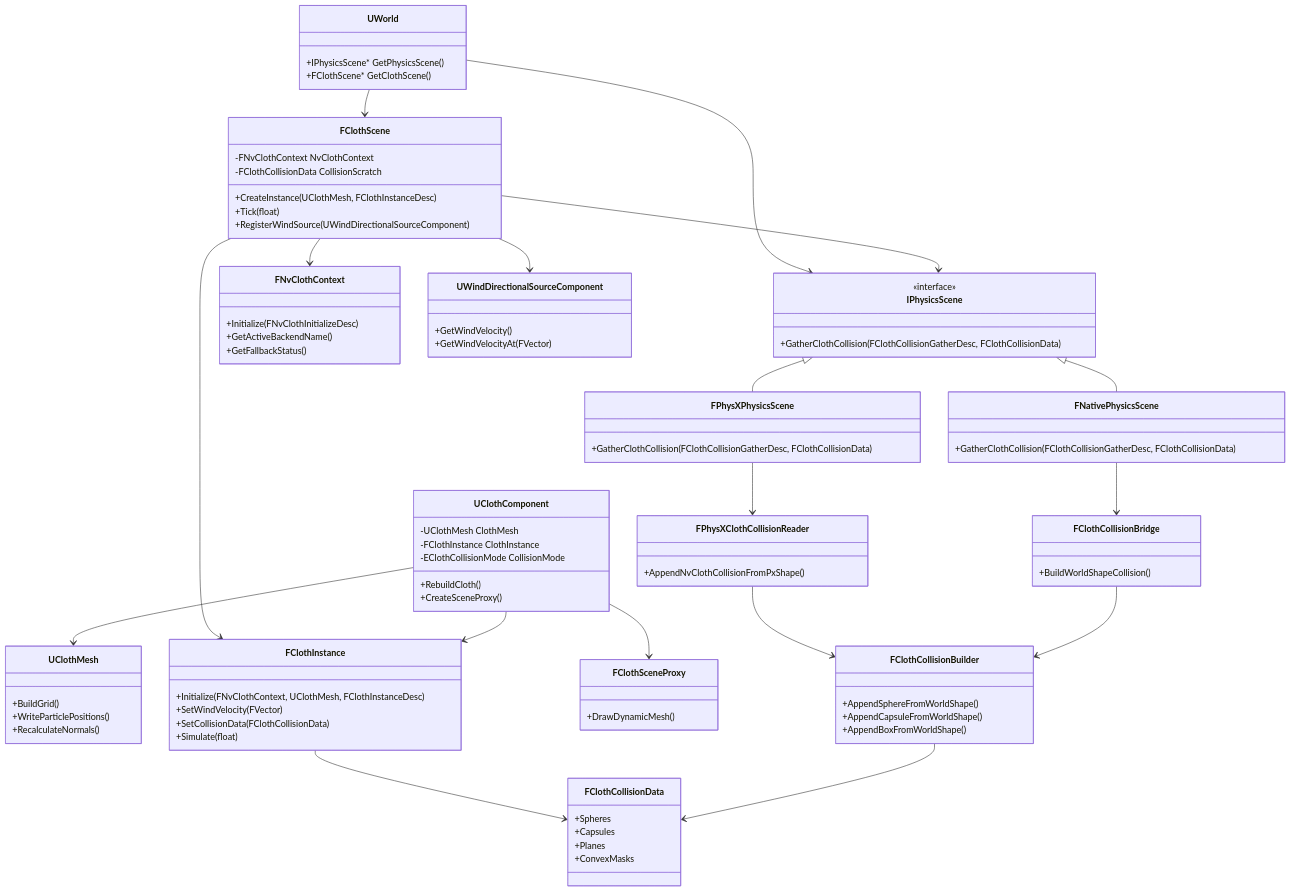
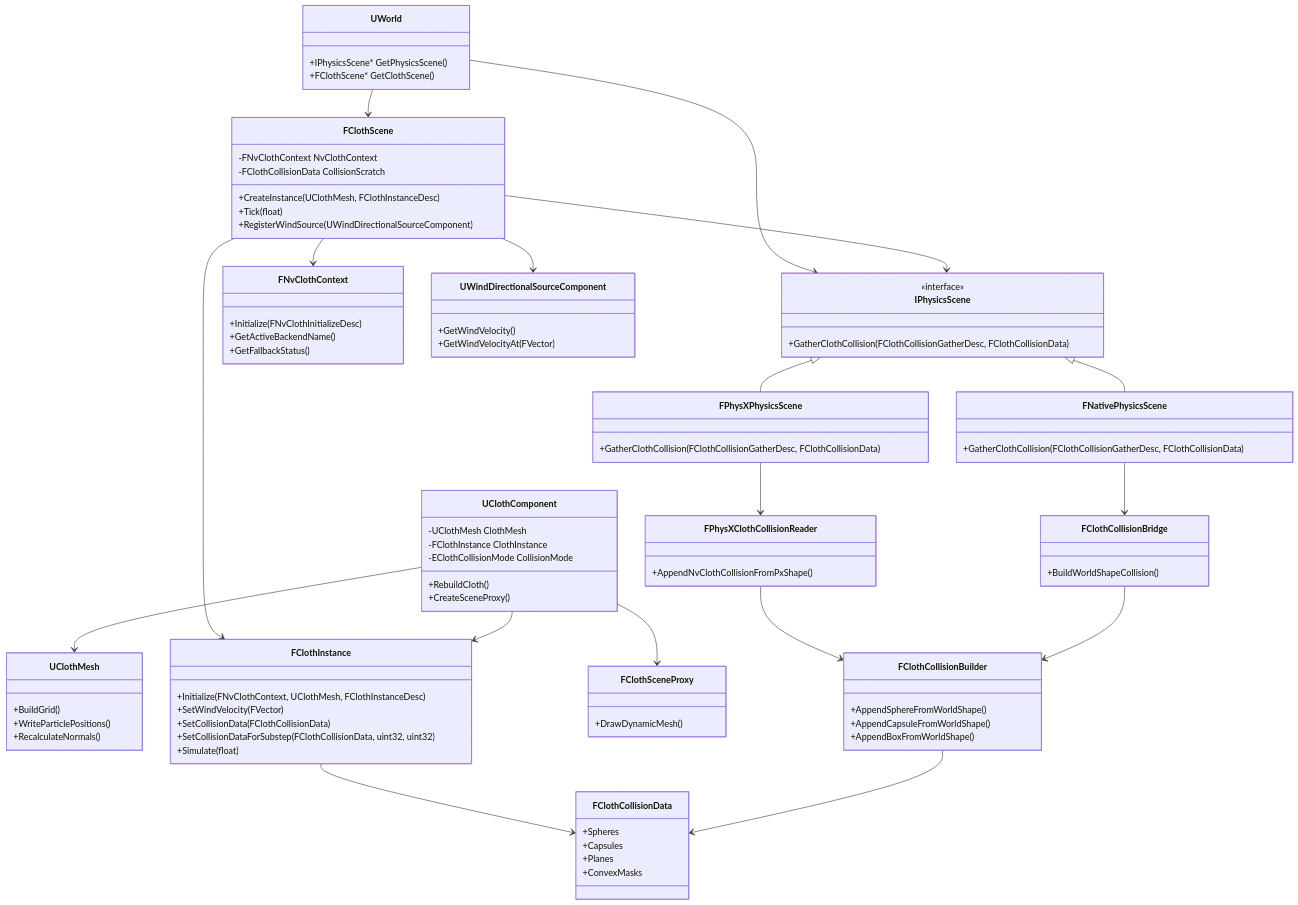
One commit to kwonhyeonsoo-goo/KraftonJungle-GameTechLab3-GameEngine changed the diagram in week_13/Docs/NvCloth_IntegrationPlan.md. Above: the diagram before and after it, drawn with Mermaid. The commit also changed other lines of this file and 22 other files, not shown here.

```diff
--- a/week_13/Docs/NvCloth_IntegrationPlan.md
+++ b/week_13/Docs/NvCloth_IntegrationPlan.md
@@ -221,6 +235,7 @@
         +Initialize(FNvClothContext, UClothMesh, FClothInstanceDesc)
         +SetWindVelocity(FVector)
         +SetCollisionData(FClothCollisionData)
+        +SetCollisionDataForSubstep(FClothCollisionData, uint32, uint32)
         +Simulate(float)
     }
 
```
